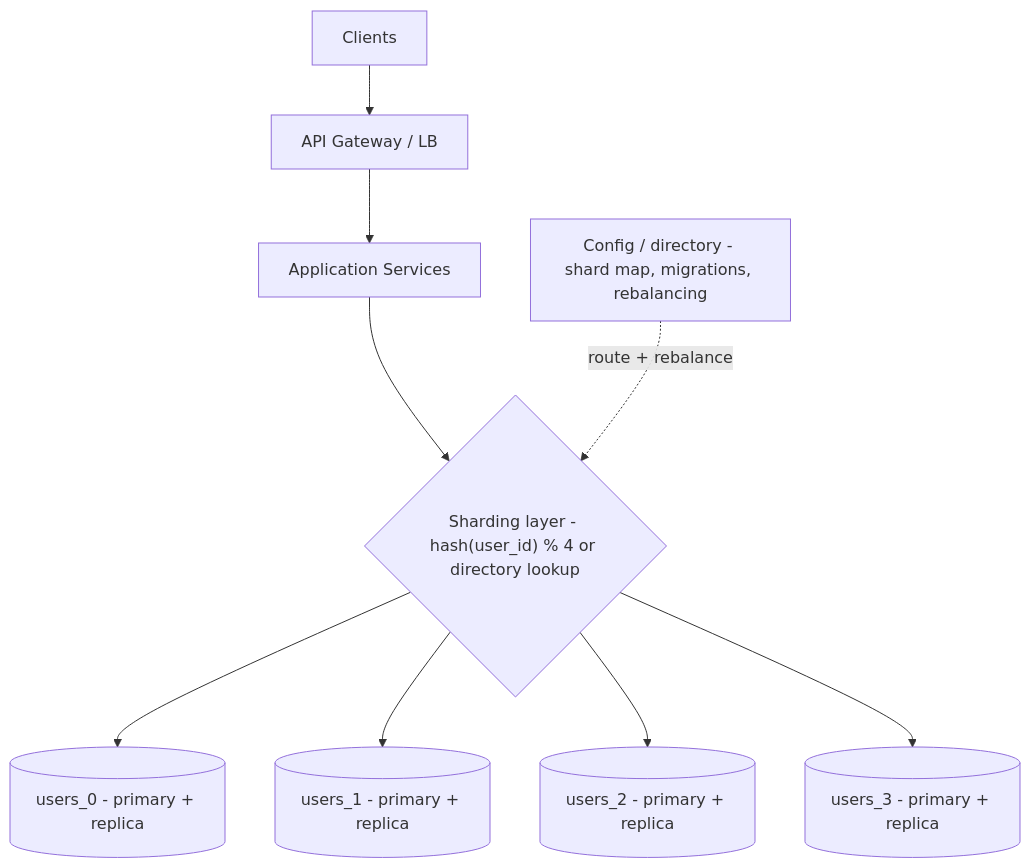
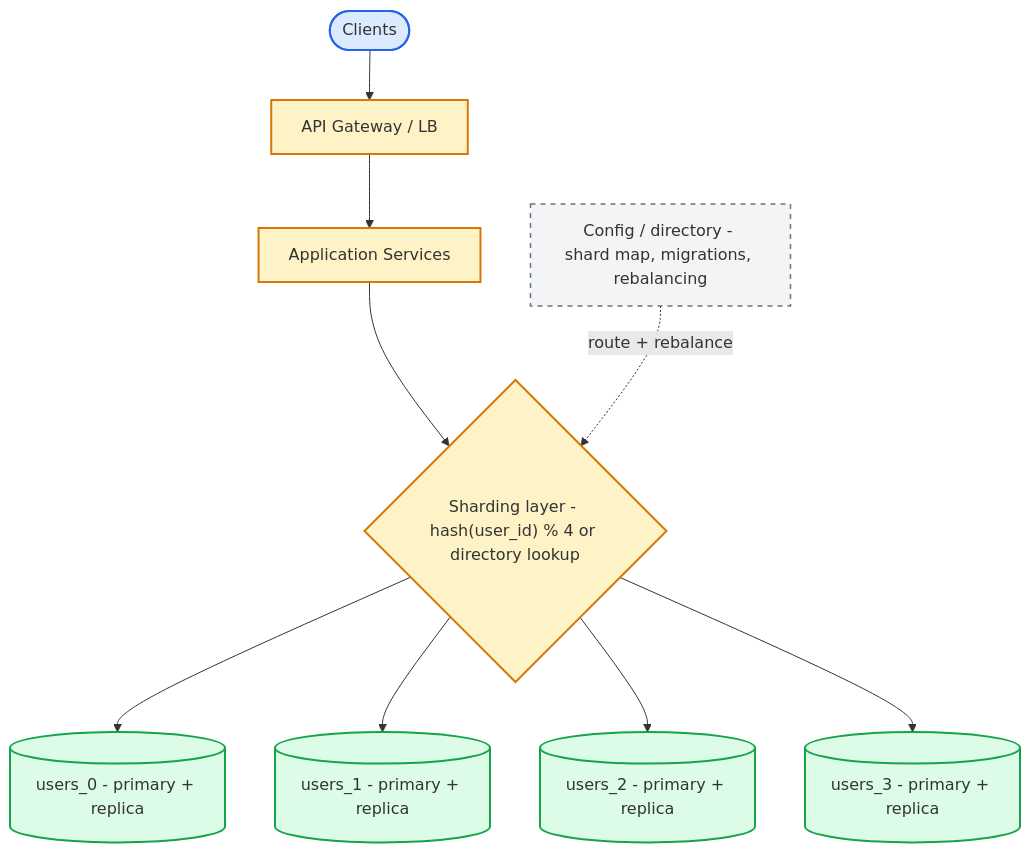
One commit to aishwary11/system-design changed the first of 2 diagrams in system-design-concepts.md. Above: the diagram before and after it, drawn with Mermaid. The commit also changed other lines of this file and 36 other files, not shown here.

First line of the commit message:
Standardize all diagrams on C4-style Mermaid template

````diff
--- a/system-design-concepts.md
+++ b/system-design-concepts.md
@@ -44,11 +44,21 @@
 ```mermaid
 flowchart TB
-    clients["Clients"] --> edge["API Gateway / LB"]
+    clients(["Clients"]) --> edge["API Gateway / LB"]
     edge --> app["Application Services"]
     app --> router{"Sharding layer - hash(user_id) % 4 or directory lookup"}
     router --> s0[("users_0 - primary + replica")]
     router --> s1[("users_1 - primary + replica")]
     router --> s2[("users_2 - primary + replica")]
     router --> s3[("users_3 - primary + replica")]
     config["Config / directory - shard map, migrations, rebalancing"] -. "route + rebalance" .-> router
+
+    classDef actor fill:#dbeafe,stroke:#2563eb,stroke-width:2px
+    classDef service fill:#fef3c7,stroke:#d97706,stroke-width:2px
+    classDef store fill:#dcfce7,stroke:#16a34a,stroke-width:2px
+    classDef broker fill:#fae8ff,stroke:#a21caf,stroke-width:2px
+    classDef control fill:#f3f4f6,stroke:#6b7280,stroke-width:1.5px,stroke-dasharray:5 5
+    class clients actor
+    class edge,app,router service
+    class s0,s1,s2,s3 store
+    class config control
 ```
````
